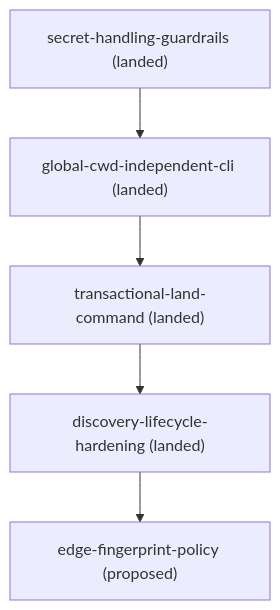
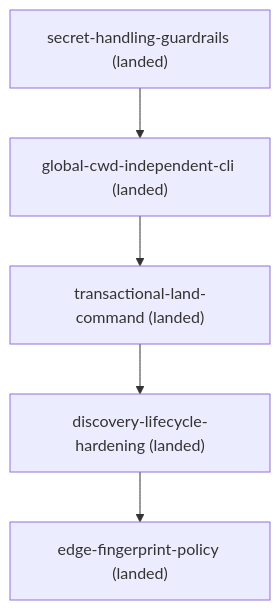
The diagram in docs/roadmap.md (kli66/doc-contract), drawn with Mermaid before and after one commit. The commit also changed other lines of this file and 15 other files, not shown here.

````diff
--- a/docs/roadmap.md
+++ b/docs/roadmap.md
@@ -23,12 +23,12 @@
 ```mermaid
 flowchart TD
     discovery_lifecycle_hardening["discovery-lifecycle-hardening (landed)"]
-    edge_fingerprint_policy["edge-fingerprint-policy (proposed)"]
+    edge_fingerprint_policy["edge-fingerprint-policy (landed)"]
     global_cwd_independent_cli["global-cwd-independent-cli (landed)"]
     secret_handling_guardrails["secret-handling-guardrails (landed)"]
     transactional_land_command["transactional-land-command (landed)"]
     discovery_lifecycle_hardening --> edge_fingerprint_policy
     global_cwd_independent_cli --> transactional_land_command
     secret_handling_guardrails --> global_cwd_independent_cli
     transactional_land_command --> discovery_lifecycle_hardening
 ```
````
